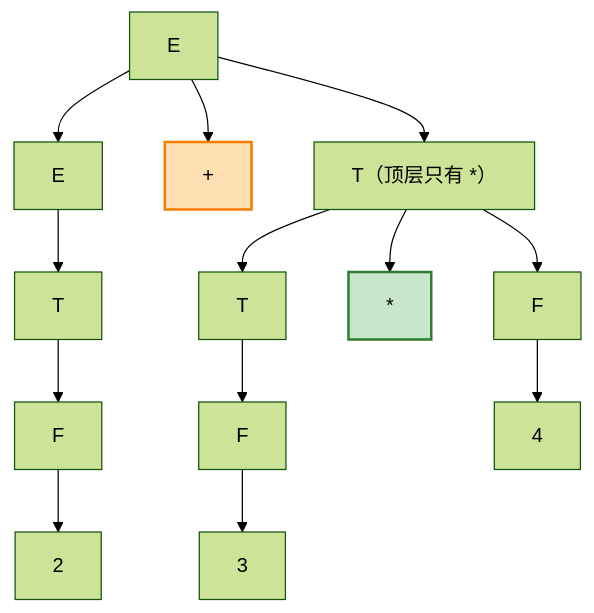
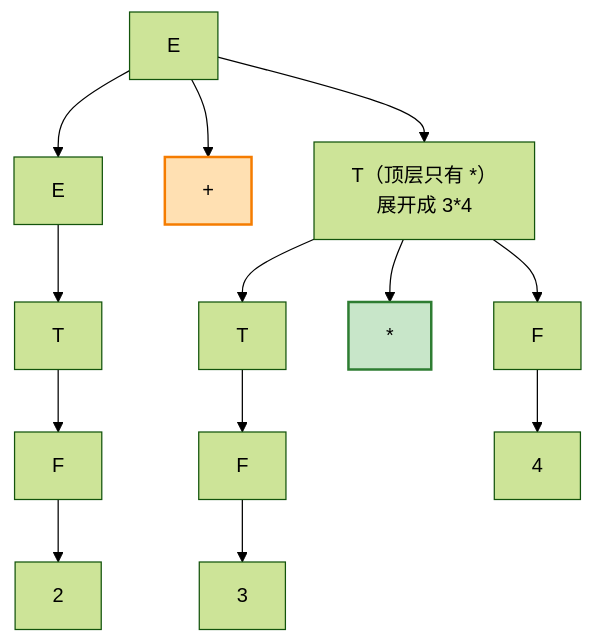
The fifth of 10 diagrams in docs/front-end/gramars/context-free-grammar/associativity-and-precedence/index.md (dengking/compiler-principle), drawn with Mermaid (forest theme) before and after one commit. The commit also changed other lines of this file and 5 other files, not shown here.

````diff
--- a/docs/front-end/gramars/context-free-grammar/associativity-and-precedence/index.md
+++ b/docs/front-end/gramars/context-free-grammar/associativity-and-precedence/index.md
@@ -303,15 +353,15 @@
 ```mermaid
 flowchart TD
     E1["E"] --> E2["E"]
     E1 --> plus["+"]
-    E1 --> T1["T（顶层只有 *）"]
+    E1 --> T1["T（顶层只有 *）<br/>展开成 3*4"]
 
     E2 --> T2["T"] --> F1["F"] --> n2["2"]
 
     T1 --> T3["T"] --> F3["F"] --> n3["3"]
     T1 --> star["*"]
     T1 --> F2["F"] --> n4["4"]
 
     style star fill:#c8e6c9,stroke:#2e7d32,stroke-width:2px
     style plus fill:#ffe0b2,stroke:#f57c00,stroke-width:2px
 ```
````
